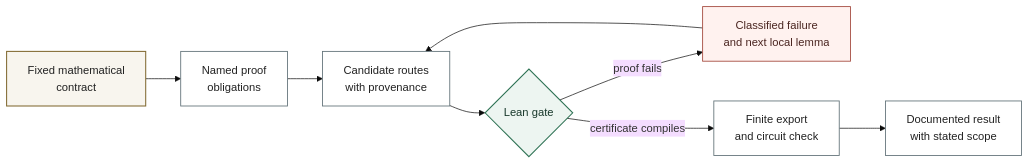
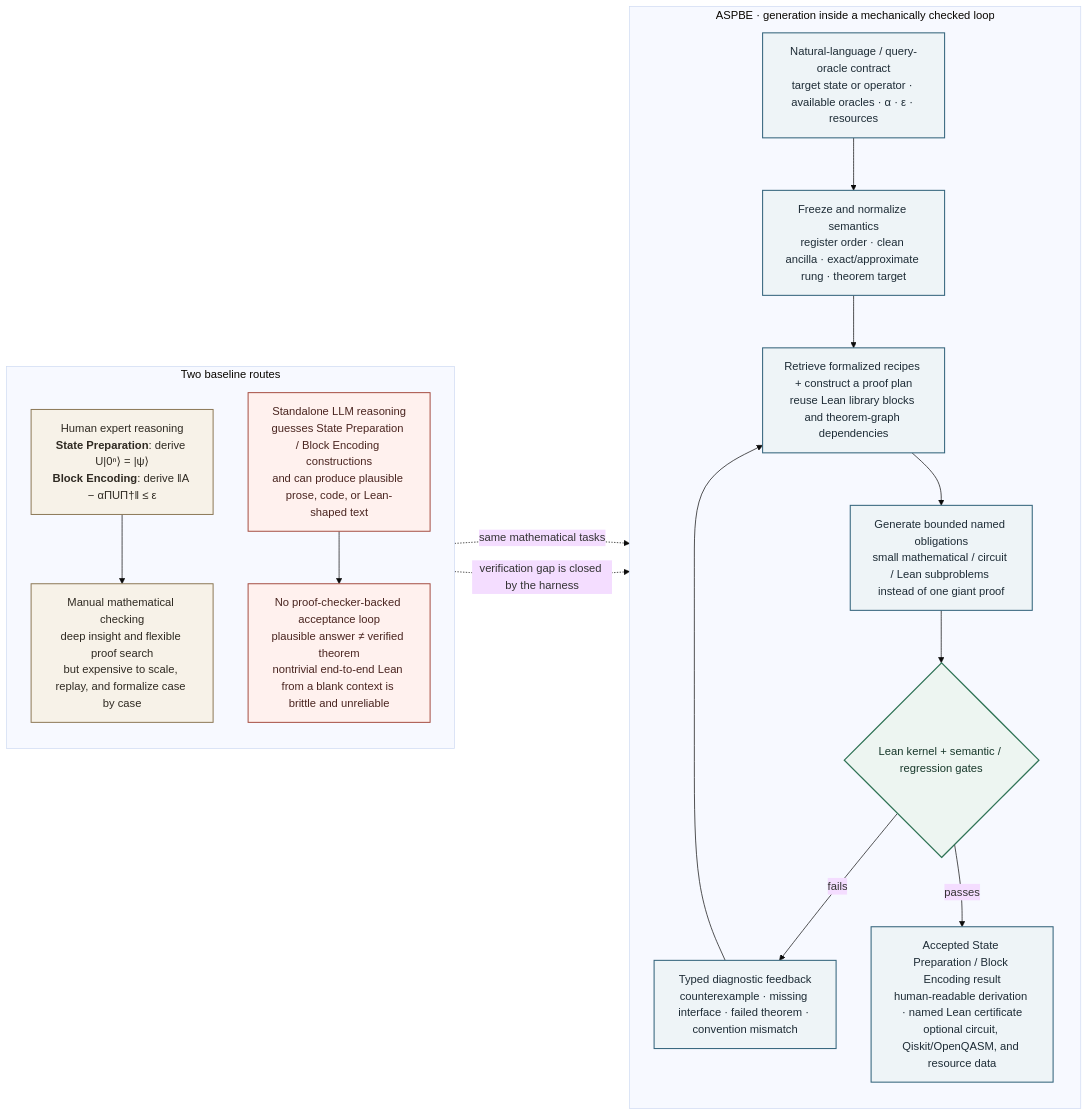
The diagram in website/diagrams/certificate-pipeline.mmd (DakeBU/Quantum-Computing-Block-Encoding), drawn with Mermaid (base theme) before and after one commit.

Commit message:
Add human LLM and ASPBE reasoning comparison

```diff
--- a/website/diagrams/certificate-pipeline.mmd
+++ b/website/diagrams/certificate-pipeline.mmd
@@ -1,17 +1,37 @@
 flowchart LR
-  C["Fixed mathematical<br/>contract"] --> O["Named proof<br/>obligations"]
-  O --> P["Candidate routes<br/>with provenance"]
-  P --> L{"Lean gate"}
-  L -- "proof fails" --> F["Classified failure<br/>and next local lemma"]
-  F --> P
-  L -- "certificate compiles" --> X["Finite export<br/>and circuit check"]
-  X --> D["Documented result<br/>with stated scope"]
+  subgraph BASE["Two baseline routes"]
+    direction TB
+    H["Human expert reasoning<br/><b>State Preparation</b>: derive U|0ⁿ⟩ = |ψ⟩<br/><b>Block Encoding</b>: derive ‖A − αΠUΠ†‖ ≤ ε"]
+    HC["Manual mathematical checking<br/>deep insight and flexible proof search<br/>but expensive to scale, replay, and formalize case by case"]
+    H --> HC
 
-  classDef contract fill:#f8f5ee,stroke:#826a32,color:#222222,stroke-width:1.5px;
-  classDef process fill:#ffffff,stroke:#64747a,color:#222222,stroke-width:1.25px;
-  classDef gate fill:#edf5f1,stroke:#2f7355,color:#18382b,stroke-width:1.5px;
-  classDef feedback fill:#fff2ef,stroke:#a44b3f,color:#4a2520,stroke-width:1.25px;
-  class C contract;
-  class O,P,X,D process;
-  class L gate;
-  class F feedback;
+    LLM["Standalone LLM reasoning<br/>guesses State Preparation / Block Encoding constructions<br/>and can produce plausible prose, code, or Lean-shaped text"]
+    LV["No proof-checker-backed acceptance loop<br/>plausible answer ≠ verified theorem<br/>nontrivial end-to-end Lean from a blank context is brittle and unreliable"]
+    LLM --> LV
+  end
+
+  subgraph ASPBE["ASPBE · generation inside a mechanically checked loop"]
+    direction TB
+    Q["Natural-language / query-oracle contract<br/>target state or operator · available oracles · α · ε · resources"]
+    F["Freeze and normalize semantics<br/>register order · clean ancilla · exact/approximate rung · theorem target"]
+    R["Retrieve formalized recipes + construct a proof plan<br/>reuse Lean library blocks and theorem-graph dependencies"]
+    O["Generate bounded named obligations<br/>small mathematical / circuit / Lean subproblems instead of one giant proof"]
+    G{"Lean kernel + semantic / regression gates"}
+    D["Typed diagnostic feedback<br/>counterexample · missing interface · failed theorem · convention mismatch"]
+    OUT["Accepted State Preparation / Block Encoding result<br/>human-readable derivation · named Lean certificate<br/>optional circuit, Qiskit/OpenQASM, and resource data"]
+    Q --> F --> R --> O --> G
+    G -- "fails" --> D --> R
+    G -- "passes" --> OUT
+  end
+
+  HC -. "same mathematical tasks" .-> Q
+  LV -. "verification gap is closed by the harness" .-> G
+
+  classDef human fill:#f7f2e8,stroke:#8b7654,color:#2f2a22,stroke-width:1.4px;
+  classDef llm fill:#fff1ee,stroke:#a44b3f,color:#4a2520,stroke-width:1.4px;
+  classDef system fill:#eef4f7,stroke:#35657d,color:#1e2c36,stroke-width:1.5px;
+  classDef gate fill:#edf5f1,stroke:#2f7355,color:#18382b,stroke-width:1.8px;
+  class H,HC human;
+  class LLM,LV llm;
+  class Q,F,R,O,D,OUT system;
+  class G gate;
```
